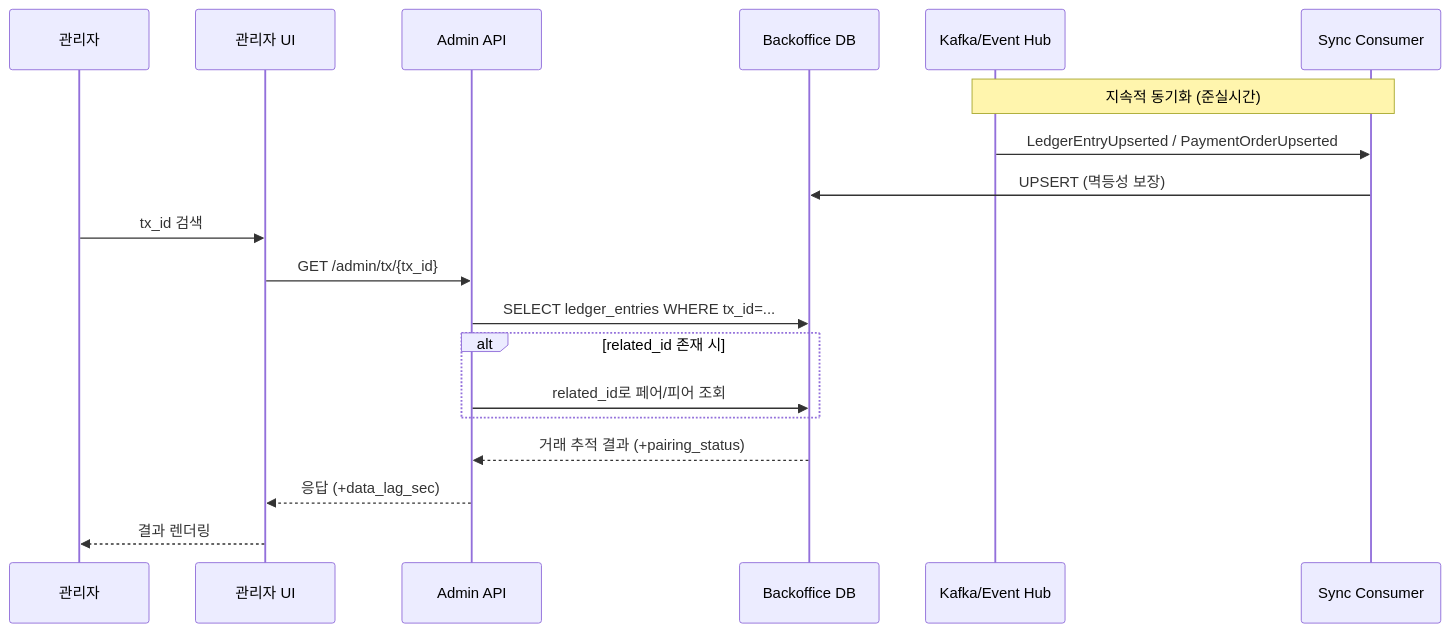
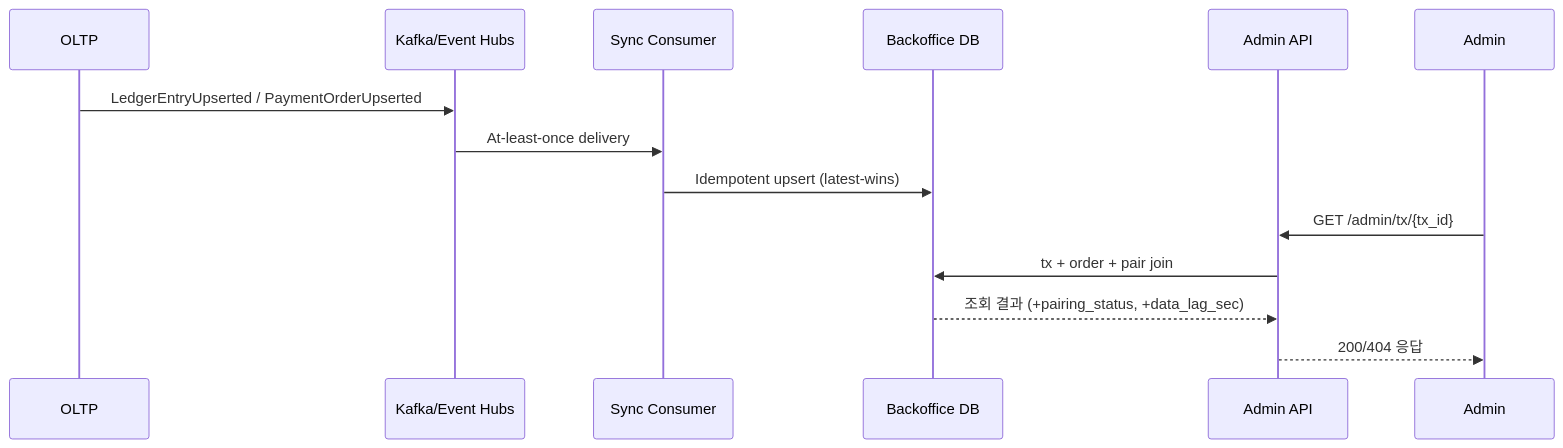
One commit to Naver-Dunamu-Merge-TF/NSC-tx-lookup-service changed the diagram in README.md. Above: the diagram before and after it, drawn with Mermaid. The commit also changed other lines of this file, not shown here.

First line of the commit message:
Cross-team handoffs needed one accurate entrypoint for FR-ADM-02

````diff
--- a/README.md
+++ b/README.md
@@ -56,23 +47,17 @@
 ```mermaid
 sequenceDiagram
-  participant Admin as 관리자
-  participant UI as 관리자 UI
+  participant OLTP as OLTP
+  participant BUS as Kafka/Event Hubs
+  participant C as Sync Consumer
+  participant DB as Backoffice DB
   participant API as Admin API
-  participant DB as Backoffice DB
-  participant BUS as Kafka/Event Hub
-  participant C as Sync Consumer
+  participant ADM as Admin
 
-  Note over BUS,C: 지속적 동기화 (준실시간)
-  BUS->>C: LedgerEntryUpserted / PaymentOrderUpserted
-  C->>DB: UPSERT (멱등성 보장)
-
-  Admin->>UI: tx_id 검색
-  UI->>API: GET /admin/tx/{tx_id}
-  API->>DB: SELECT ledger_entries WHERE tx_id=...
-  alt related_id 존재 시
-    API->>DB: related_id로 페어/피어 조회
-  end
-  DB-->>API: 거래 추적 결과 (+pairing_status)
-  API-->>UI: 응답 (+data_lag_sec)
-  UI-->>Admin: 결과 렌더링
+  OLTP->>BUS: LedgerEntryUpserted / PaymentOrderUpserted
+  BUS->>C: At-least-once delivery
+  C->>DB: Idempotent upsert (latest-wins)
+  ADM->>API: GET /admin/tx/{tx_id}
+  API->>DB: tx + order + pair join
+  DB-->>API: 조회 결과 (+pairing_status, +data_lag_sec)
+  API-->>ADM: 200/404 응답
 ```
````
